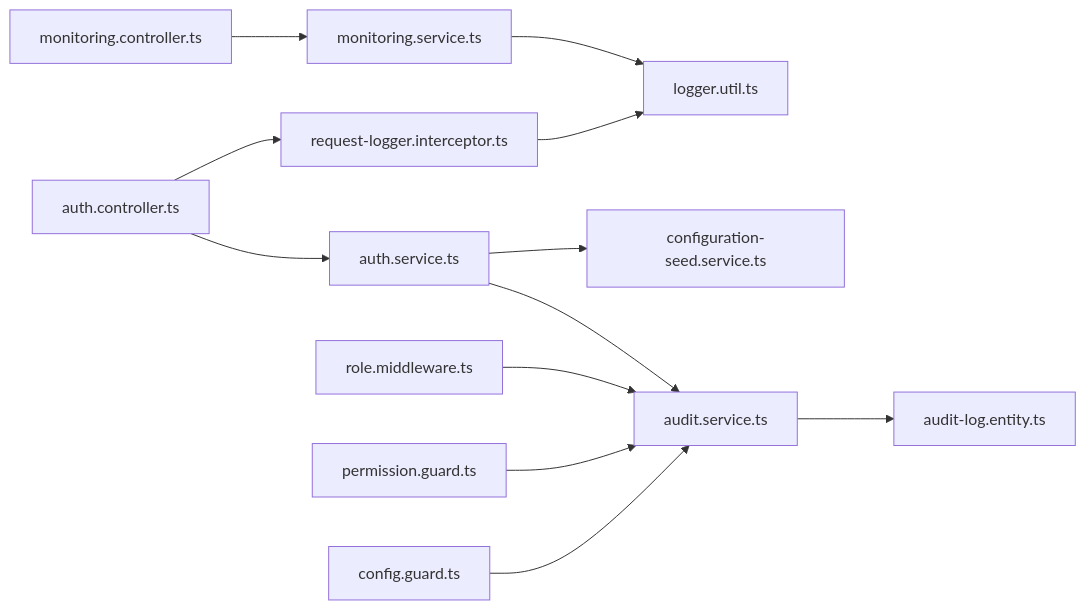
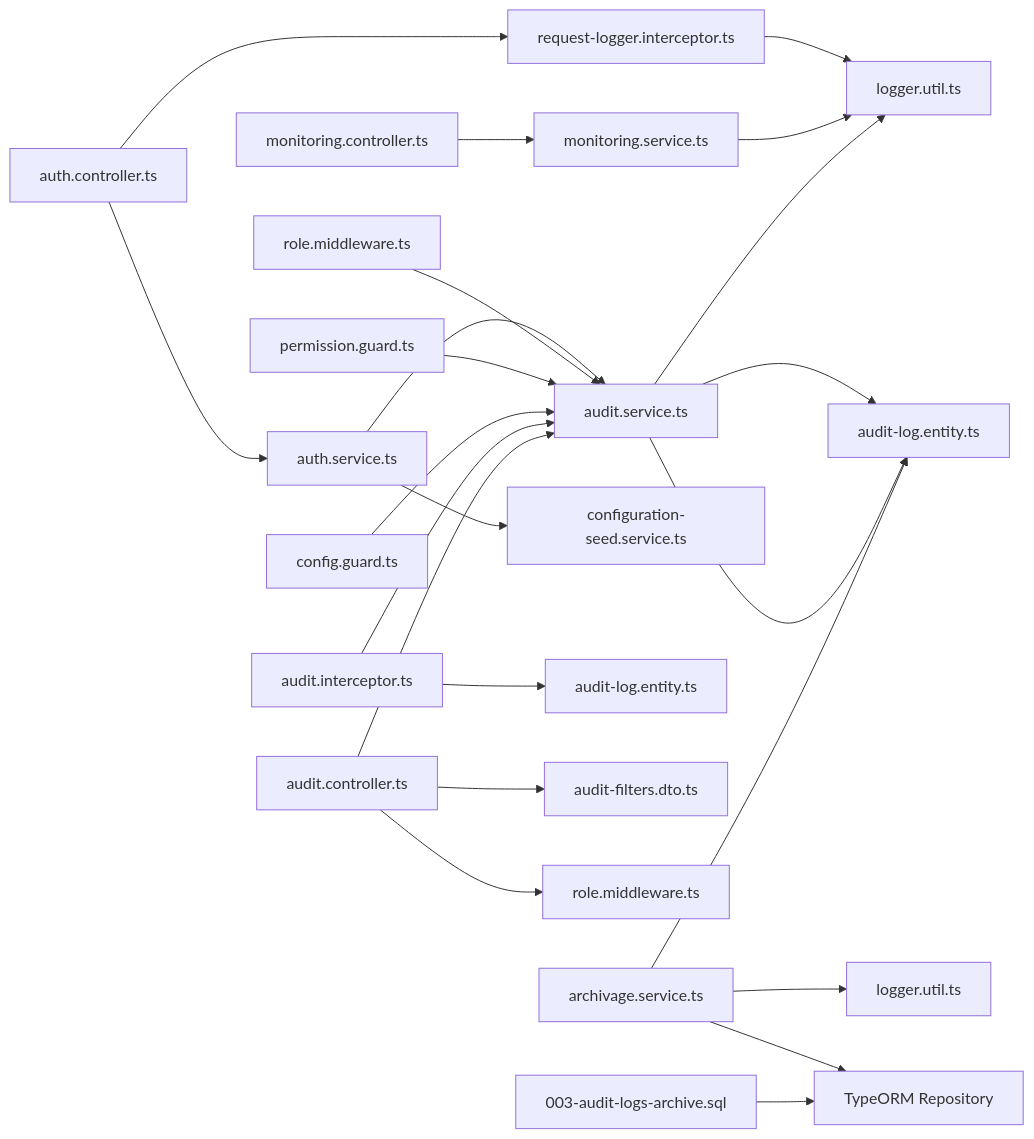
Diagram 11 of 11 in .qoder/repowiki/en/content/Authentication & Authorization/Audit Logging & Monitoring.md (franckylab/eLISAschool), drawn with Mermaid before and after one commit. The commit also changed other lines of this file and 67 other files, not shown here.

````diff
--- a/.qoder/repowiki/en/content/Authentication & Authorization/Audit Logging & Monitoring.md
+++ b/.qoder/repowiki/en/content/Authentication & Authorization/Audit Logging & Monitoring.md
@@ -435,14 +676,25 @@
 ```mermaid
 graph LR
 AuthCtrl["auth.controller.ts"] --> AuthService["auth.service.ts"]
 AuthService --> AuditSvc["audit.service.ts"]
 AuditSvc --> AuditLog["audit-log.entity.ts"]
 AuthCtrl --> ReqLogger["request-logger.interceptor.ts"]
 ReqLogger --> Winston["logger.util.ts"]
 MonCtrl["monitoring.controller.ts"] --> MonSvc["monitoring.service.ts"]
 MonSvc --> Winston
 RoleMW["role.middleware.ts"] --> AuditSvc
 PermGUARD["permission.guard.ts"] --> AuditSvc
 ConfigGUARD["config.guard.ts"] --> AuditSvc
 AuthService --> ConfigSeed["configuration-seed.service.ts"]
+AuditInt["audit.interceptor.ts"] --> AuditSvc
+AuditInt --> AuditAction["audit-log.entity.ts"]
+AuditCtrl["audit.controller.ts"] --> AuditSvc
+AuditCtrl --> AuditFilters["audit-filters.dto.ts"]
+AuditCtrl --> RoleGuard["role.middleware.ts"]
+AuditSvc --> AuditLog
+AuditSvc --> Winston
+ArchivageSvc["archivage.service.ts"] --> AuditLog
+ArchivageSvc --> AuditRepo["TypeORM Repository"]
+ArchivageSvc --> Logger["logger.util.ts"]
+MIG["003-audit-logs-archive.sql"] --> AuditRepo
 ```
````
